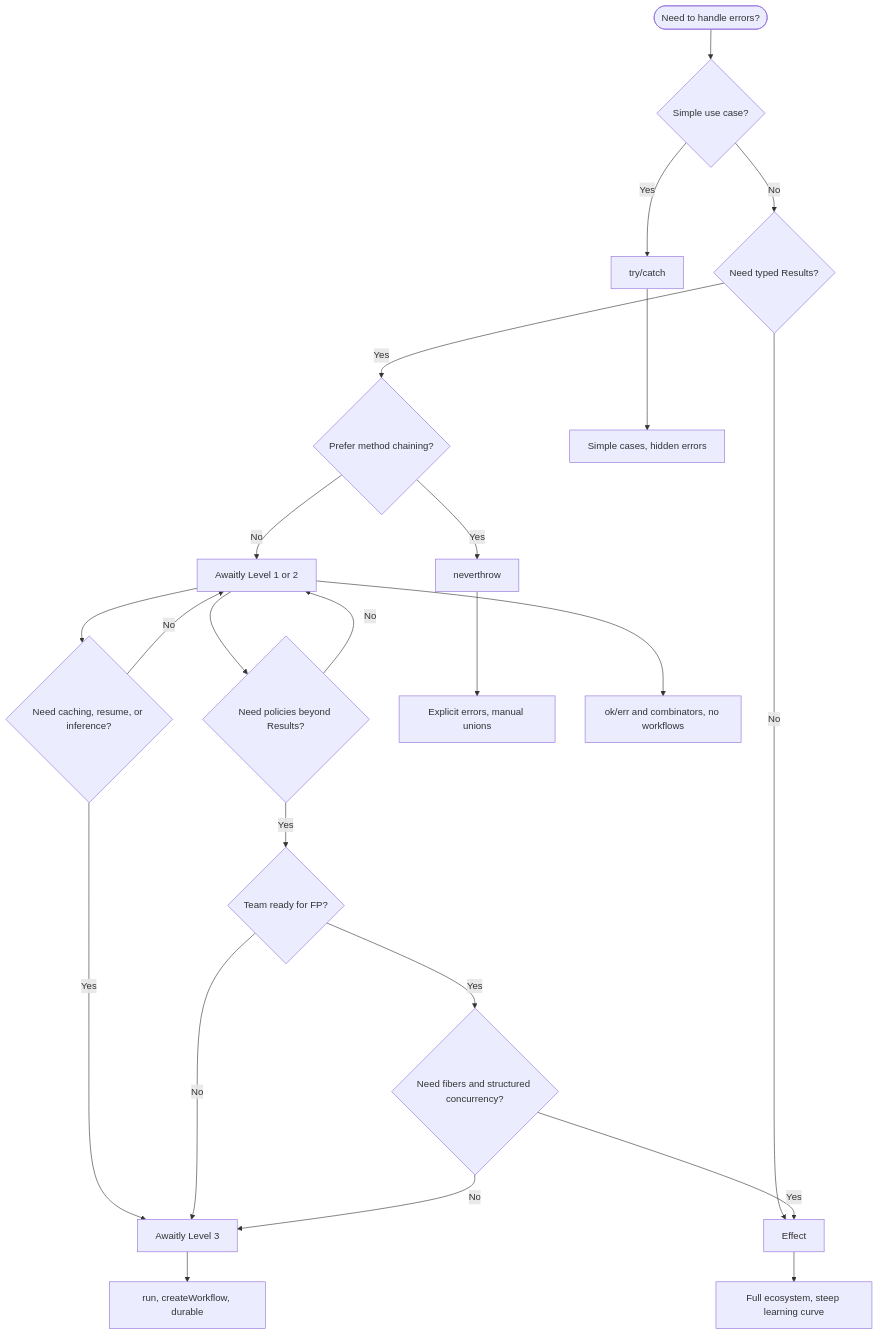
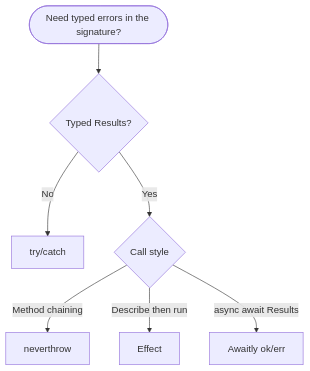
One commit to jagreehal/trycatch-vs-neverthrow-vs-effect changed the sixth of 6 diagrams in README.md. Above: the diagram before and after it, drawn with Mermaid. The commit also changed other lines of this file and 15 other files, not shown here.

````diff
--- a/README.md
+++ b/README.md
@@ -891,37 +355,11 @@
 ```mermaid
 flowchart TD
-    Start([Need to handle errors?]) --> Simple{Simple use case?}
+    Start([Need typed errors in the signature?]) --> Typed{Typed Results?}
 
-    Simple -->|Yes| TryCatch[try/catch]
-    Simple -->|No| NeedResults{Need typed Results?}
+    Typed -->|No| TryCatch[try/catch]
+    Typed -->|Yes| Style{Call style}
 
-    NeedResults -->|Yes| PreferChains{Prefer method chaining?}
-    NeedResults -->|No| Effect[Effect]
-
-    PreferChains -->|Yes| Neverthrow[neverthrow]
-    PreferChains -->|No| AwaitlyL1[Awaitly Level 1 or 2]
-
-    AwaitlyL1 --> NeedOrchestration{Need caching, resume, or inference?}
-    NeedOrchestration -->|Yes| AwaitlyL3[Awaitly Level 3]
-    NeedOrchestration -->|No| AwaitlyL1
-
-    AwaitlyL1 --> NeedPolicies{Need policies beyond Results?}
-    NeedPolicies -->|Yes| TeamReady{Team ready for FP?}
-    NeedPolicies -->|No| AwaitlyL1
-
-    TeamReady -->|Yes| NeedFibers{Need fibers and structured concurrency?}
-    TeamReady -->|No| AwaitlyL3
-
-    NeedFibers -->|Yes| Effect
-    NeedFibers -->|No| AwaitlyL3
-
-    TryCatch --> TryCatchGood["Simple cases, hidden errors"]
-
-    Neverthrow --> NeverthrowGood["Explicit errors, manual unions"]
-
-    AwaitlyL1 --> AwaitlyL1Good["ok/err and combinators, no workflows"]
-
-    AwaitlyL3 --> AwaitlyL3Good["run, createWorkflow, durable"]
-
-    Effect --> EffectGood["Full ecosystem, steep learning curve"]
+    Style -->|Method chaining| Neverthrow[neverthrow]
+    Style -->|Describe then run| Effect[Effect]
+    Style -->|async await Results| Awaitly[Awaitly ok/err]
 ```
````
